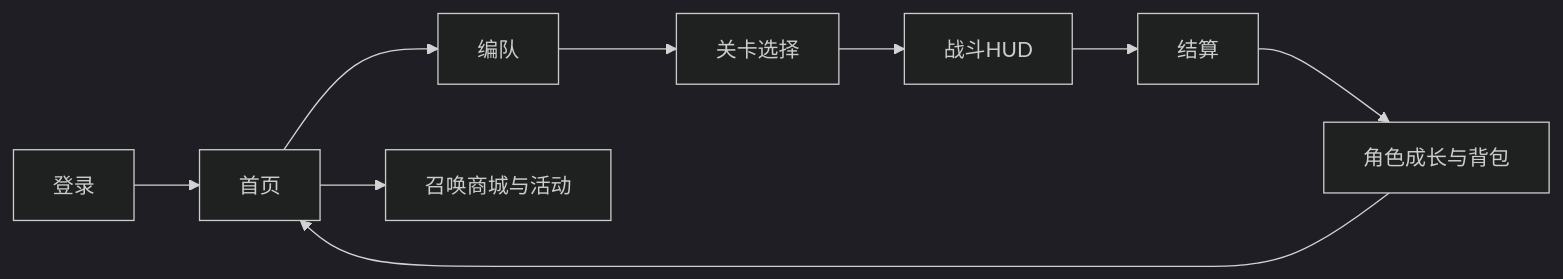
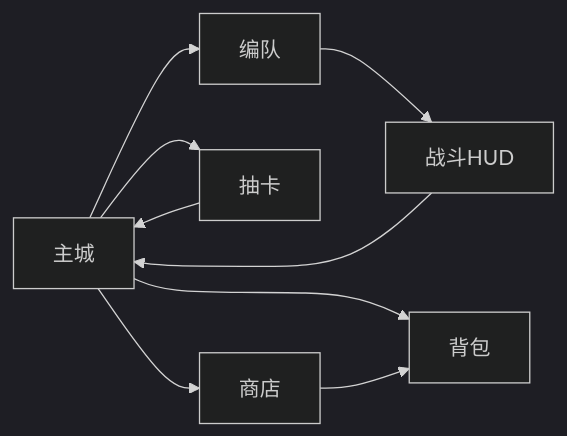
Before and after one commit to guiguiyan930-source/game-ui-design-workflow: the diagram in docs/DEMO.zh-CN.md, drawn with Mermaid (dark theme). The commit also changed other lines of this file and 75 other files, not shown here.

````diff
--- a/docs/DEMO.zh-CN.md
+++ b/docs/DEMO.zh-CN.md
@@ -47,11 +32,11 @@
 ```mermaid
 flowchart LR
-    Login[登录] --> Home[首页]
-    Home --> Formation[编队]
-    Formation --> Stage[关卡选择]
-    Stage --> Battle[战斗HUD]
-    Battle --> Result[结算]
-    Result --> Growth[角色成长与背包]
-    Growth --> Home
-    Home --> LiveOps[召唤商城与活动]
+    Home[主城] --> Formation[编队]
+    Formation --> Battle[战斗HUD]
+    Battle --> Home
+    Home --> Gacha[抽卡]
+    Home --> Shop[商店]
+    Home --> Bag[背包]
+    Gacha --> Home
+    Shop --> Bag
 ```
````
